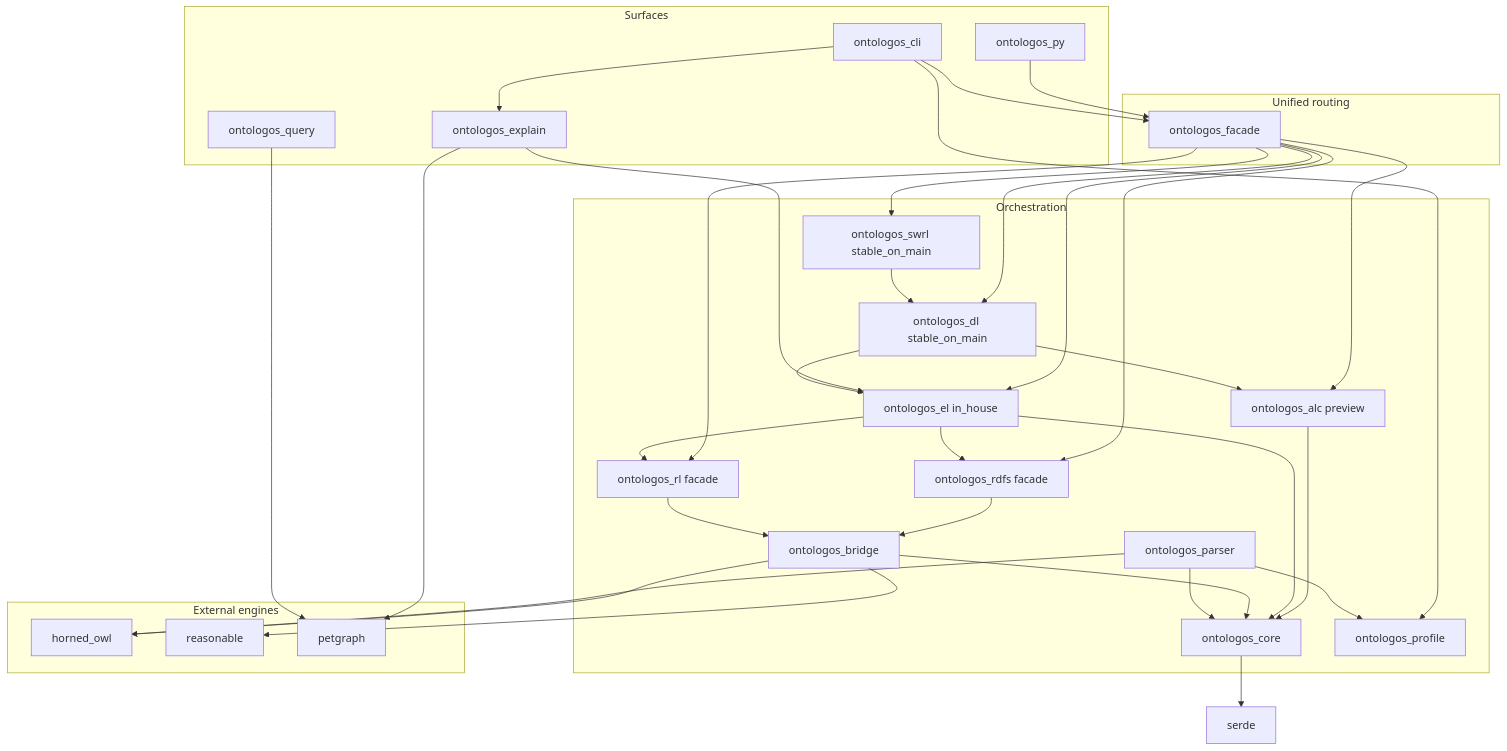
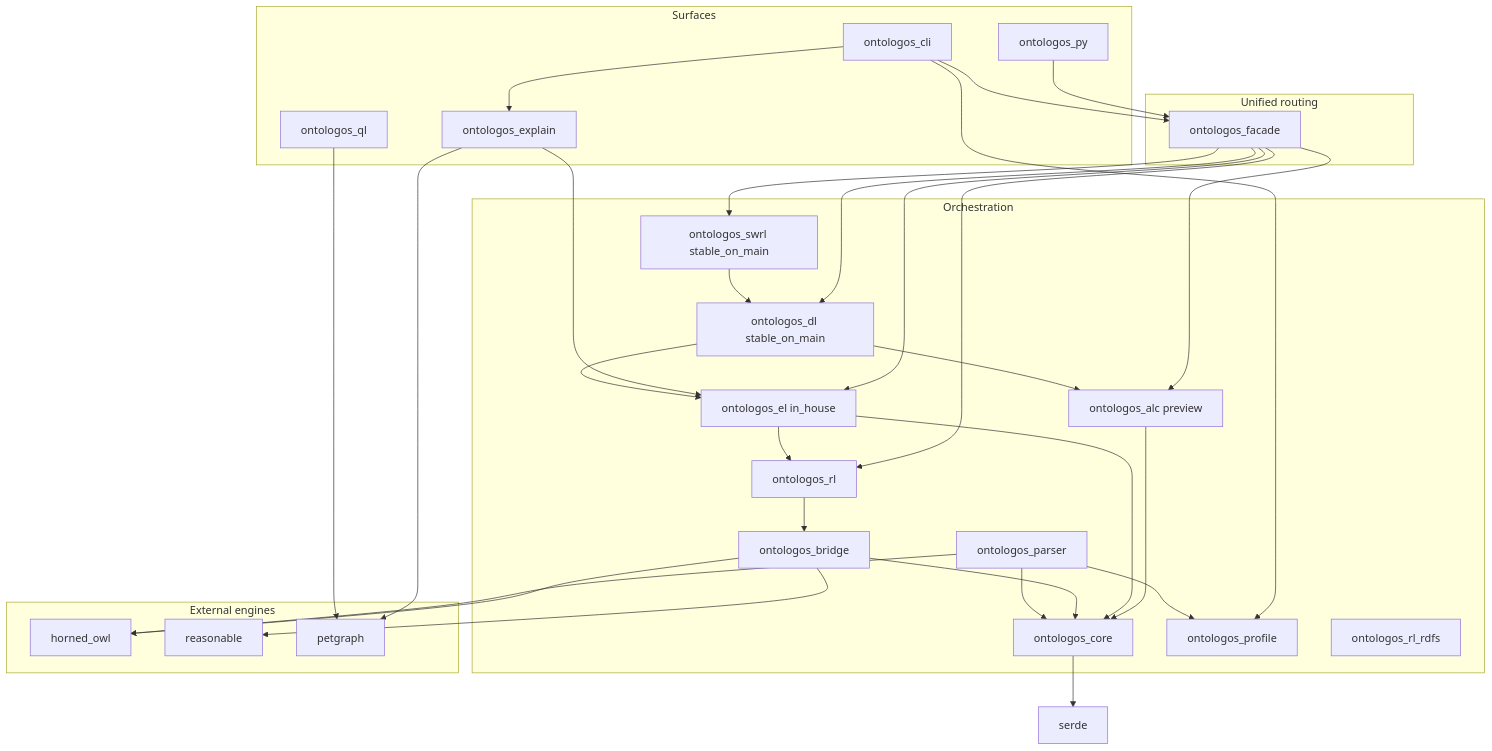
The first of 2 diagrams in docs/architecture.md (eddiethedean/ontologos), drawn with Mermaid before and after one commit. The commit also changed other lines of this file and 56 other files, not shown here.

````diff
--- a/docs/architecture.md
+++ b/docs/architecture.md
@@ -7,62 +7,59 @@
 ```mermaid
 flowchart TB
   subgraph surfaces [Surfaces]
     cli[ontologos_cli]
     py[ontologos_py]
-    query[ontologos_query]
+    query[ontologos_ql]
     explain[ontologos_explain]
   end
 
   subgraph routing [Unified routing]
     facade[ontologos_facade]
   end
 
   subgraph orchestration [Orchestration]
     core[ontologos_core]
     parser[ontologos_parser]
     profile[ontologos_profile]
     bridge[ontologos_bridge]
-    rdfs[ontologos_rdfs facade]
-    rl[ontologos_rl facade]
+    rdfs[ontologos_rl_rdfs]
+    rl[ontologos_rl]
     el[ontologos_el in_house]
     alc[ontologos_alc preview]
     dl[ontologos_dl stable_on_main]
     swrl[ontologos_swrl stable_on_main]
   end
 
   subgraph external [External engines]
     horned[horned_owl]
     reasonable[reasonable]
     petgraph[petgraph]
   end
 
   parser --> horned
   parser --> core
   parser --> profile
   bridge --> horned
   bridge --> reasonable
   bridge --> core
   el --> core
-  el --> rdfs
   el --> rl
   alc --> core
   dl --> el
   dl --> alc
   swrl --> dl
   rl --> bridge
-  rdfs --> bridge
   query --> petgraph
   explain --> petgraph
   explain --> el
   facade --> el
   facade --> rl
-  facade --> rdfs
   facade --> alc
   facade --> dl
   facade --> swrl
   cli --> facade
   cli --> profile
   cli --> explain
   py --> facade
   core --> serde
 ```
````
